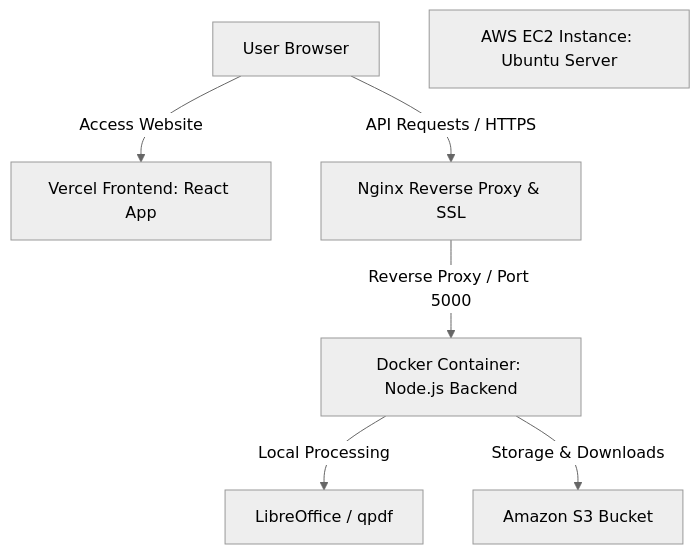
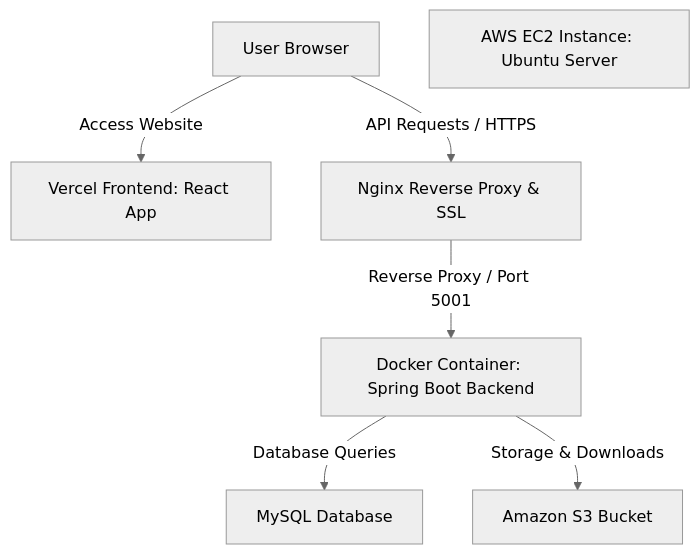
Before and after one commit to Sai600858/Page-Forge: the diagram in DEPLOYMENT.md, drawn with Mermaid (neutral theme). The commit also changed other lines of this file and 96 other files, not shown here.

Commit message:
spring boot backend succesfully done with Gemini API key

````diff
--- a/DEPLOYMENT.md
+++ b/DEPLOYMENT.md
@@ -9,16 +9,16 @@
 ```mermaid
 graph TD
     Client[User Browser]
     Vercel[Vercel Frontend: React App]
     EC2[AWS EC2 Instance: Ubuntu Server]
-    Docker[Docker Container: Node.js Backend]
-    LibreOffice[LibreOffice / qpdf]
+    Docker[Docker Container: Spring Boot Backend]
+    MySQL[MySQL Database]
     S3[Amazon S3 Bucket]
     Nginx[Nginx Reverse Proxy & SSL]
 
     Client -->|Access Website| Vercel
     Client -->|API Requests / HTTPS| Nginx
-    Nginx -->|Reverse Proxy / Port 5000| Docker
-    Docker -->|Local Processing| LibreOffice
+    Nginx -->|Reverse Proxy / Port 5001| Docker
+    Docker -->|Database Queries| MySQL
     Docker -->|Storage & Downloads| S3
 ```
````
